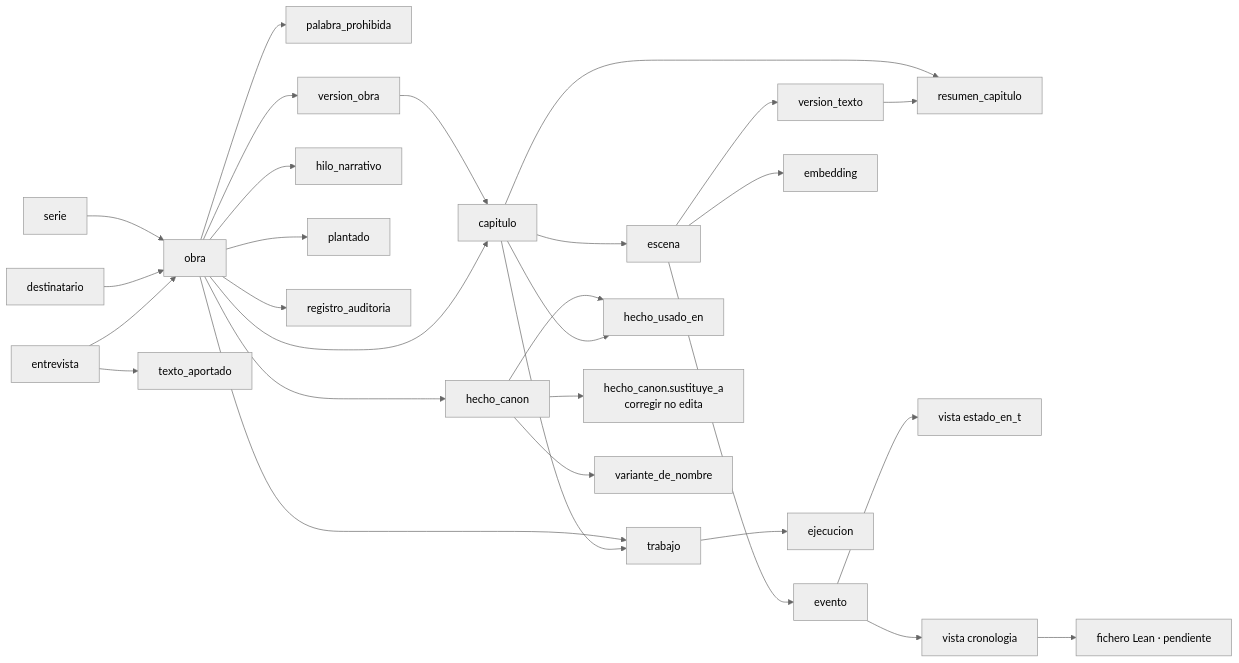
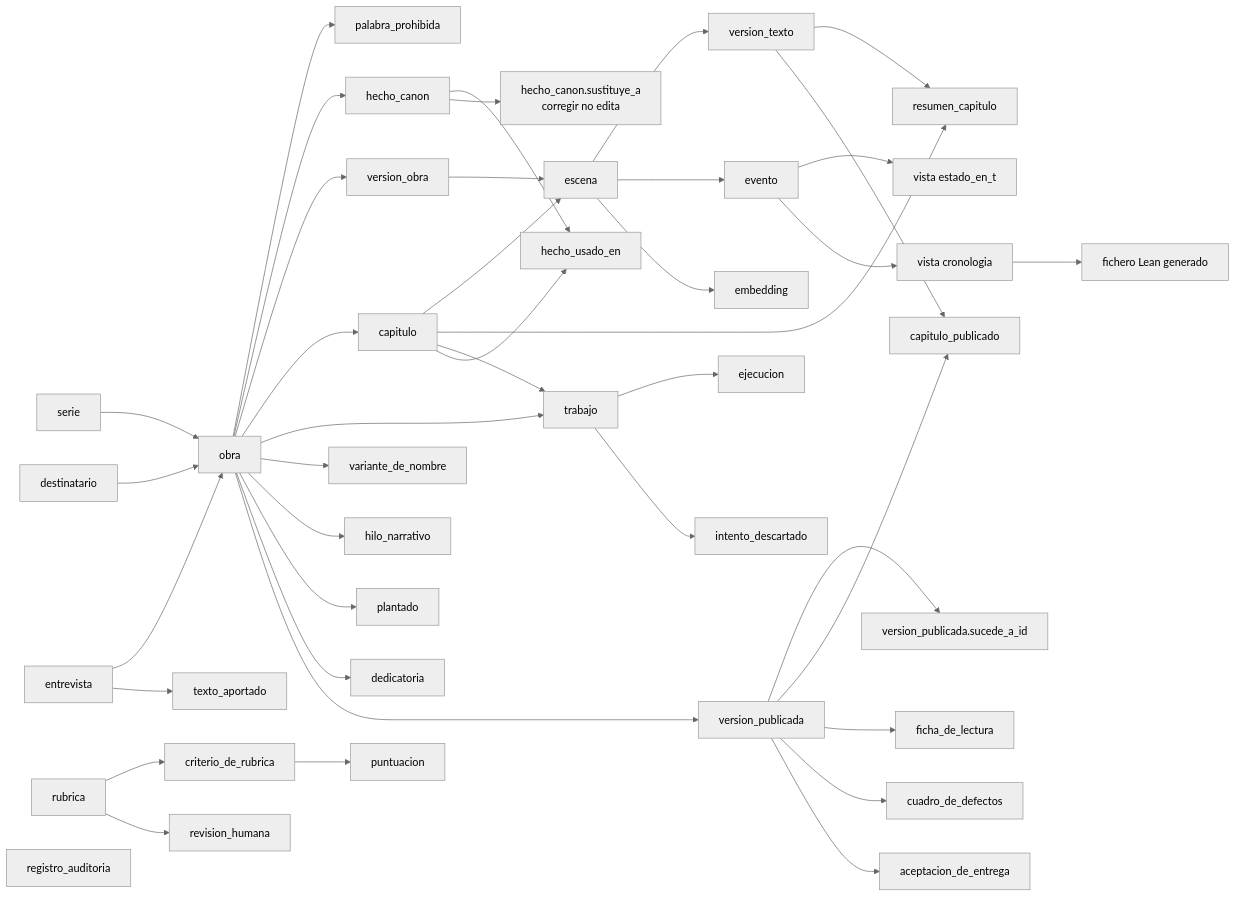
Before and after one commit to maujimenez4/ciberpunk-storymaker: the sixth of 8 diagrams in docs/proceso/diagramas.md, drawn with Mermaid (neutral theme). The commit also changed other lines of this file and 2 other files, not shown here.

````diff
--- a/docs/proceso/diagramas.md
+++ b/docs/proceso/diagramas.md
@@ -185,31 +306,43 @@
 ```mermaid
 flowchart LR
   SER["serie"] --> OBR["obra"]
   DES["destinatario"] --> OBR
   ENT["entrevista"] --> OBR
   ENT --> TAP["texto_aportado"]
   OBR --> PAL["palabra_prohibida"]
   OBR --> HEC["hecho_canon"]
   OBR --> VOB["version_obra"]
-  VOB --> CAP["capitulo"]
-  OBR --> CAP
+  OBR --> CAP["capitulo"]
   CAP --> ESC["escena"]
+  VOB --> ESC
   ESC --> VTX["version_texto"]
   ESC --> EVE["evento"]
   ESC --> EMB["embedding"]
   CAP --> RES["resumen_capitulo"]
   VTX --> RES
   OBR --> TRA["trabajo"]
+  CAP --> TRA
   TRA --> EJE["ejecucion"]
-  CAP --> TRA
+  TRA --> IDE["intento_descartado"]
   HEC --> HUS["hecho_usado_en"]
   CAP --> HUS
   HEC --> HEC2["hecho_canon.sustituye_a<br/>corregir no edita"]
-  HEC --> VAR["variante_de_nombre"]
+  OBR --> VAR["variante_de_nombre"]
   OBR --> HIL["hilo_narrativo"]
   OBR --> PLT["plantado"]
-  OBR --> REG["registro_auditoria"]
+  OBR --> DED["dedicatoria"]
+  OBR --> VPU["version_publicada"]
+  VPU --> VPU2["version_publicada.sucede_a_id"]
+  VPU --> CPU["capitulo_publicado"]
+  VTX --> CPU
+  VPU --> FIC["ficha_de_lectura"]
+  VPU --> CDD["cuadro_de_defectos"]
+  VPU --> ACE["aceptacion_de_entrega"]
+  RUB["rubrica"] --> CRI["criterio_de_rubrica"]
+  CRI --> PUN["puntuacion"]
+  RUB --> RHU["revision_humana"]
   EVE --> VET["vista estado_en_t"]
   EVE --> VCR["vista cronologia"]
-  VCR --> LEA["fichero Lean · pendiente"]
+  VCR --> LEA["fichero Lean generado"]
+  REG["registro_auditoria"]
 ```
````
